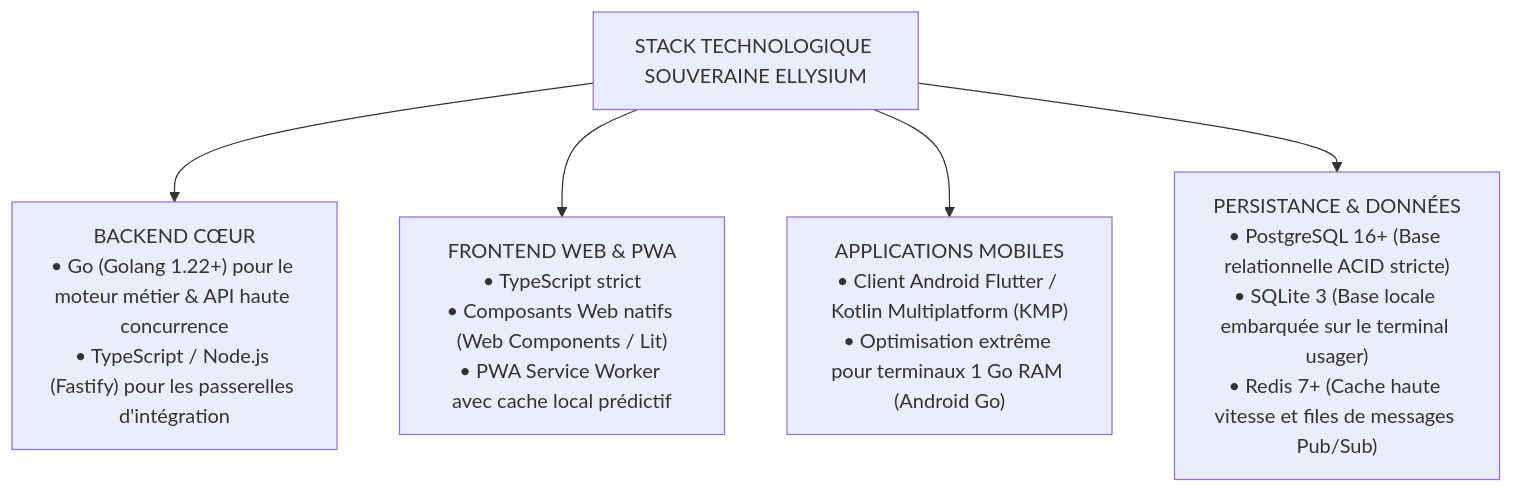
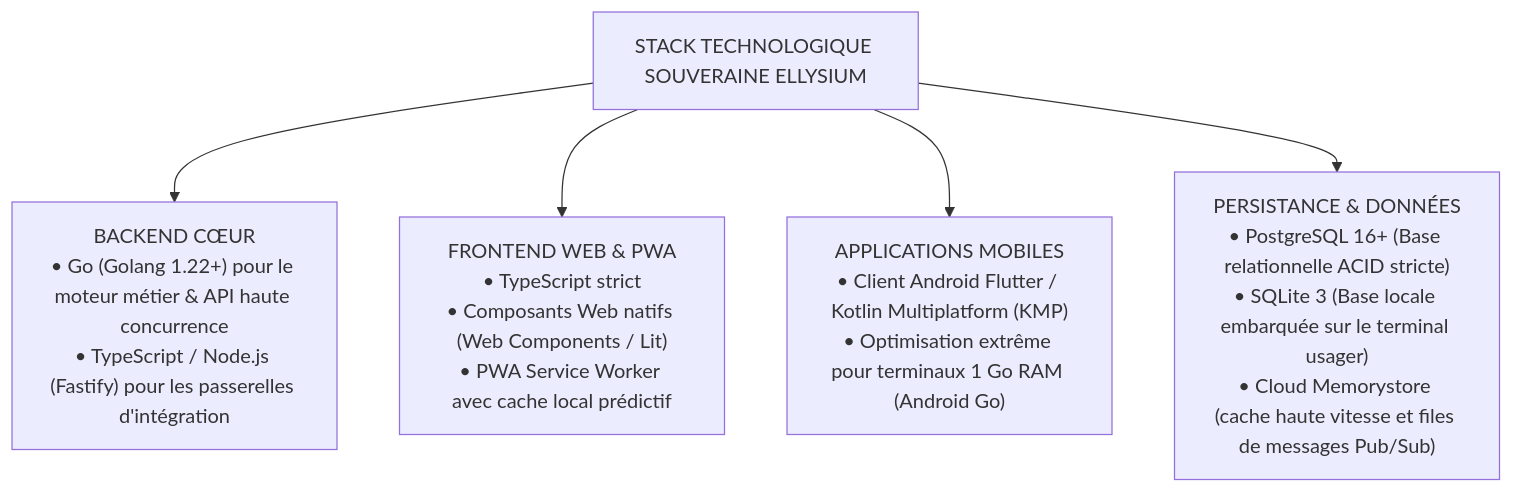
Before and after one commit to Adolphechris/clenel-elysium: the diagram in tome-7/109/README.md, drawn with Mermaid. The commit also changed other lines of this file and 39 other files, not shown here.

````diff
--- a/tome-7/109/README.md
+++ b/tome-7/109/README.md
@@ -20,12 +20,12 @@
 ```mermaid
 graph TD
     STACK["STACK TECHNOLOGIQUE SOUVERAINE ELLYSIUM"]
     
     STACK --> BE["BACKEND CŒUR\n• Go (Golang 1.22+) pour le moteur métier & API haute concurrence\n• TypeScript / Node.js (Fastify) pour les passerelles d'intégration"]
     
     STACK --> FE["FRONTEND WEB & PWA\n• TypeScript strict\n• Composants Web natifs (Web Components / Lit)\n• PWA Service Worker avec cache local prédictif"]
     
     STACK --> MOB["APPLICATIONS MOBILES\n• Client Android Flutter / Kotlin Multiplatform (KMP)\n• Optimisation extrême pour terminaux 1 Go RAM (Android Go)"]
     
-    STACK --> DATA["PERSISTANCE & DONNÉES\n• PostgreSQL 16+ (Base relationnelle ACID stricte)\n• SQLite 3 (Base locale embarquée sur le terminal usager)\n• Redis 7+ (Cache haute vitesse et files de messages Pub/Sub)"]
+    STACK --> DATA["PERSISTANCE & DONNÉES\n• PostgreSQL 16+ (Base relationnelle ACID stricte)\n• SQLite 3 (Base locale embarquée sur le terminal usager)\n• Cloud Memorystore (cache haute vitesse et files de messages Pub/Sub)"]
 ```
````
